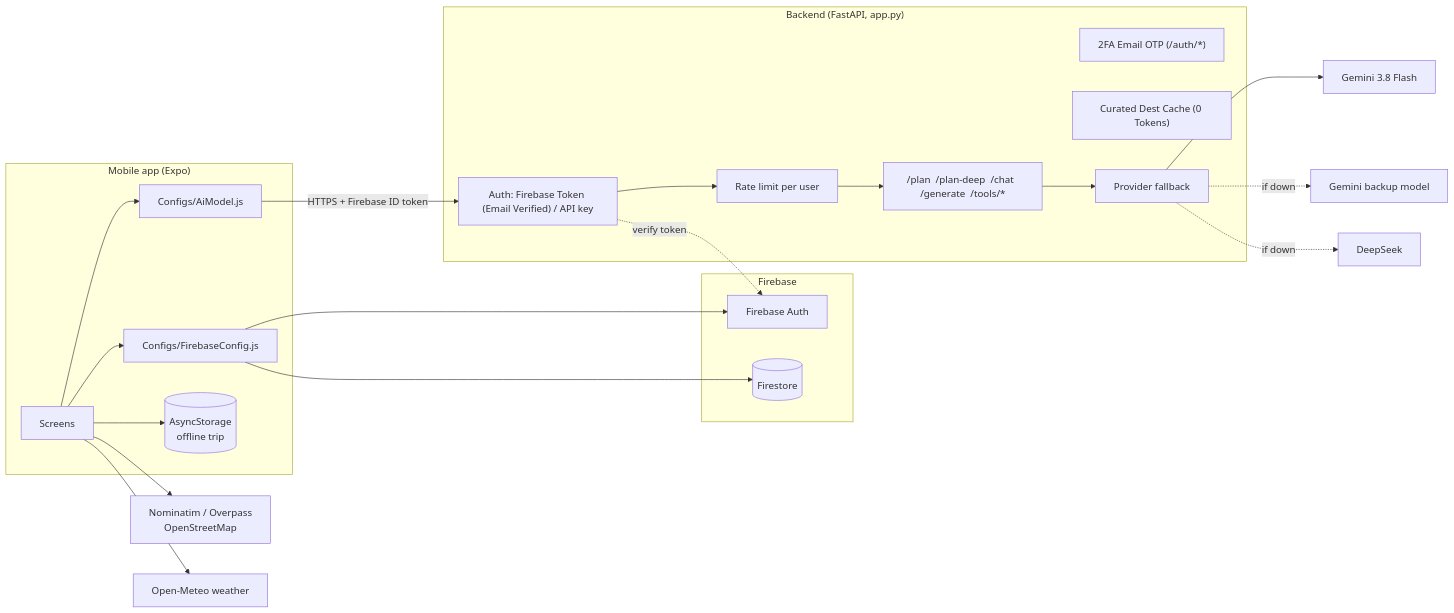
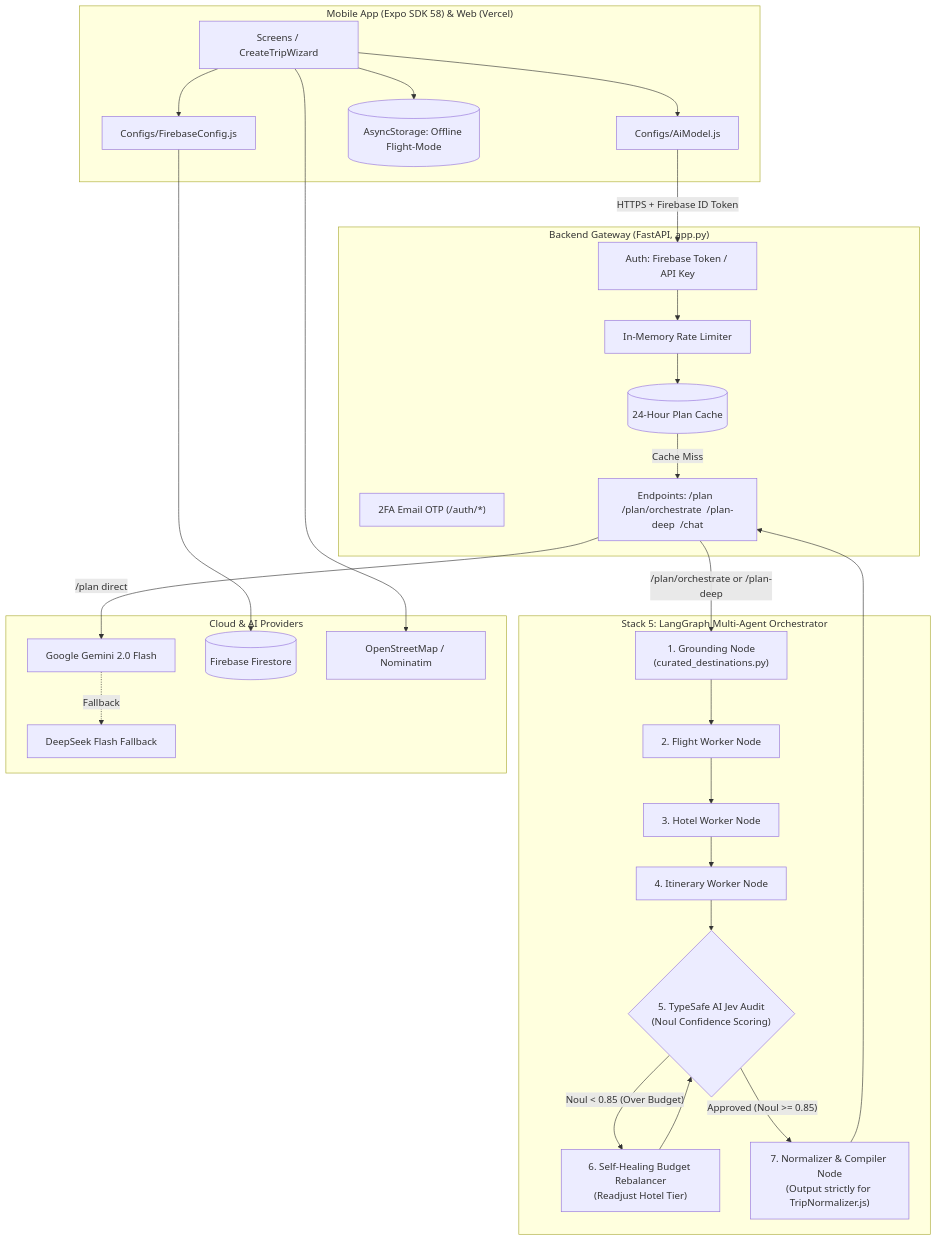
The first of 5 diagrams in ARCHITECTURE.md (AliHassan-7869/GoGuide-AI-Agent), drawn with Mermaid before and after one commit. The commit also changed other lines of this file and 8 other files, not shown here.

Commit message:
feat: Stack 5 LangGraph orchestrator + Jev evaluator, /plan/orchestrate endpoint, docs update

````diff
--- a/ARCHITECTURE.md
+++ b/ARCHITECTURE.md
@@ -23,43 +27,55 @@
 ```mermaid
-flowchart LR
-    subgraph Phone["Mobile app (Expo)"]
-        UI[Screens]
+flowchart TD
+    subgraph Client["Mobile App (Expo SDK 58) & Web (Vercel)"]
+        UI[Screens / CreateTripWizard]
         AI[Configs/AiModel.js]
         FB[Configs/FirebaseConfig.js]
-        Cache[(AsyncStorage<br/>offline trip)]
+        Cache[(AsyncStorage: Offline Flight-Mode)]
     end
 
-    subgraph Backend["Backend (FastAPI, app.py)"]
-        Auth["Auth: Firebase Token (Email Verified) / API key"]
+    subgraph Backend["Backend Gateway (FastAPI, app.py)"]
+        Auth["Auth: Firebase Token / API Key"]
         TwoFA["2FA Email OTP (/auth/*)"]
-        RL[Rate limit per user]
-        Curated["Curated Dest Cache (0 Tokens)"]
-        EP["/plan  /plan-deep  /chat  /generate  /tools/*"]
-        Fallback[Provider fallback]
+        RL["In-Memory Rate Limiter"]
+        PlanCache[("24-Hour Plan Cache")]
+        EP["Endpoints: /plan  /plan/orchestrate  /plan-deep  /chat"]
     end
 
-    subgraph Firebase
-        FAuth[Firebase Auth]
-        FS[(Firestore)]
+    subgraph Stack5["Stack 5: LangGraph Multi-Agent Orchestrator"]
+        Grounding["1. Grounding Node\n(curated_destinations.py)"]
+        FlightWorker["2. Flight Worker Node"]
+        HotelWorker["3. Hotel Worker Node"]
+        ItineraryWorker["4. Itinerary Worker Node"]
+        JevAudit{"5. TypeSafe AI Jev Audit\n(Noul Confidence Scoring)"}
+        BudgetHeal["6. Self-Healing Budget Rebalancer\n(Readjust Hotel Tier)"]
+        Compiler["7. Normalizer & Compiler Node\n(Output strictly for TripNormalizer.js)"]
     end
 
-    Gemini1[Gemini 3.8 Flash]
-    Gemini2[Gemini backup model]
-    DS[DeepSeek]
-    OSM[Nominatim / Overpass<br/>OpenStreetMap]
-    Meteo[Open-Meteo weather]
+    subgraph Cloud["Cloud & AI Providers"]
+        Gemini[Google Gemini 2.0 Flash]
+        DS[DeepSeek Flash Fallback]
+        FS[(Firebase Firestore)]
+        OSM[OpenStreetMap / Nominatim]
+    end
 
     UI --> AI
     UI --> FB
     UI --> Cache
     UI --> OSM
-    UI --> Meteo
-    FB --> FAuth
     FB --> FS
-    AI -- "HTTPS + Firebase ID token" --> Auth
-    Auth --> RL --> EP --> Fallback
-    Fallback --> Gemini1
-    Fallback -.if down.-> Gemini2
-    Fallback -.if down.-> DS
-    Auth -. verify token .-> FAuth
+
+    AI -- "HTTPS + Firebase ID Token" --> Auth
+    Auth --> RL --> PlanCache
+    PlanCache -- Cache Miss --> EP
+
+    EP -->|/plan/orchestrate or /plan-deep| Grounding
+    Grounding --> FlightWorker --> HotelWorker --> ItineraryWorker --> JevAudit
+    
+    JevAudit -- "Noul < 0.85 (Over Budget)" --> BudgetHeal
+    BudgetHeal --> JevAudit
+    JevAudit -- "Approved (Noul >= 0.85)" --> Compiler
+    Compiler --> EP
+
+    EP -->|/plan direct| Gemini
+    Gemini -.Fallback.-> DS
 ```
````
